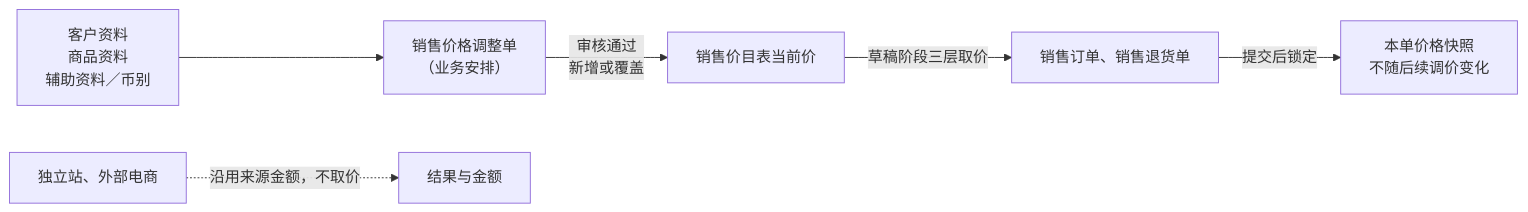
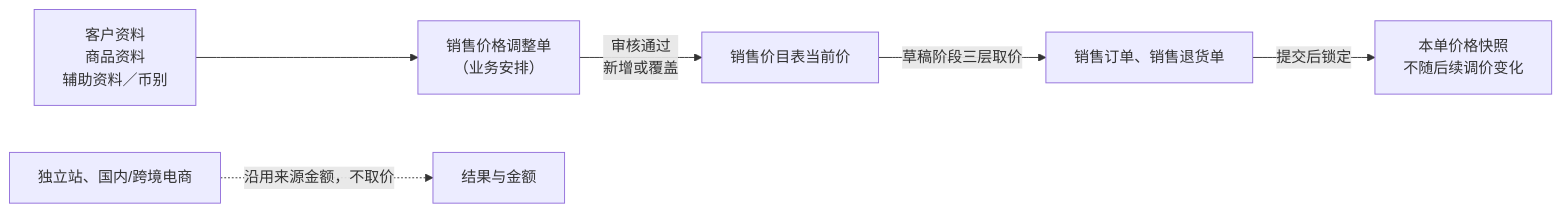
One commit to TopVitamin/QS-ERP-Project changed the first of 2 diagrams in 04-产品设计方案/20260812-ERP项目第一版框架搭建/需求文档PRD/6-价格管理/销售价格调整单/销售价格调整单主PRD.md. Above: the diagram before and after it, drawn with Mermaid. The commit also changed other lines of this file and 451 other files, not shown here.

````diff
--- a/04-产品设计方案/20260812-ERP项目第一版框架搭建/需求文档PRD/6-价格管理/销售价格调整单/销售价格调整单主PRD.md
+++ b/04-产品设计方案/20260812-ERP项目第一版框架搭建/需求文档PRD/6-价格管理/销售价格调整单/销售价格调整单主PRD.md
@@ -101,8 +103,8 @@
 ```mermaid
 flowchart LR
     A["客户资料<br/>商品资料<br/>辅助资料／币别"] --> B["销售价格调整单<br/>（业务安排）"]
     B -->|"审核通过<br/>新增或覆盖"| C["销售价目表当前价"]
     C -->|"草稿阶段三层取价"| D["销售订单、销售退货单"]
     D -->|"提交后锁定"| E["本单价格快照<br/>不随后续调价变化"]
-    F["独立站、外部电商"] -.->|"沿用来源金额，不取价"| G["结果与金额"]
+    F["独立站、国内/跨境电商"] -.->|"沿用来源金额，不取价"| G["结果与金额"]
 ```
````
